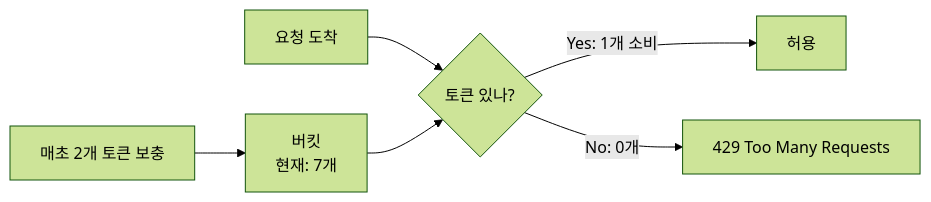
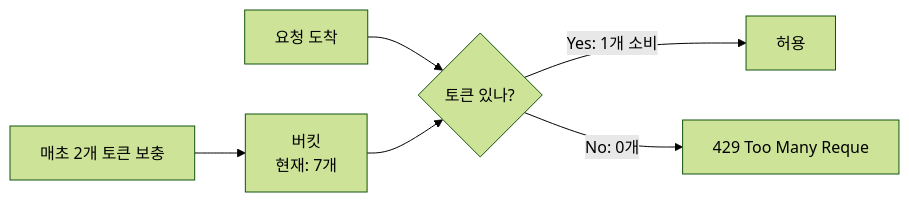
One commit to yjkim2015/yjkim2015.github.io changed the first of 7 diagrams in _posts/systemdesign/2026-05-02-system-design-rate-limiter.md. Above: the diagram before and after it, drawn with Mermaid (forest theme). The commit also changed other lines of this file and 271 other files, not shown here.

First line of the commit message:
Mermaid 라벨 축소: 긴 노드 텍스트 18자 이하로 트림 + \n 제거

````diff
--- a/_posts/systemdesign/2026-05-02-system-design-rate-limiter.md
+++ b/_posts/systemdesign/2026-05-02-system-design-rate-limiter.md
@@ -33,8 +33,8 @@
 ```mermaid
 graph LR
     Refill["매초 2개 토큰 보충"] --> Bucket["버킷\n현재: 7개"]
     Request["요청 도착"] --> Check{"토큰 있나?"}
     Check -->|"Yes: 1개 소비"| Allow["허용"]
-    Check -->|"No: 0개"| Deny["429 Too Many Requests"]
+    Check -->|"No: 0개"| Deny["429 Too Many Reque"]
     Bucket --> Check
 ```
````
